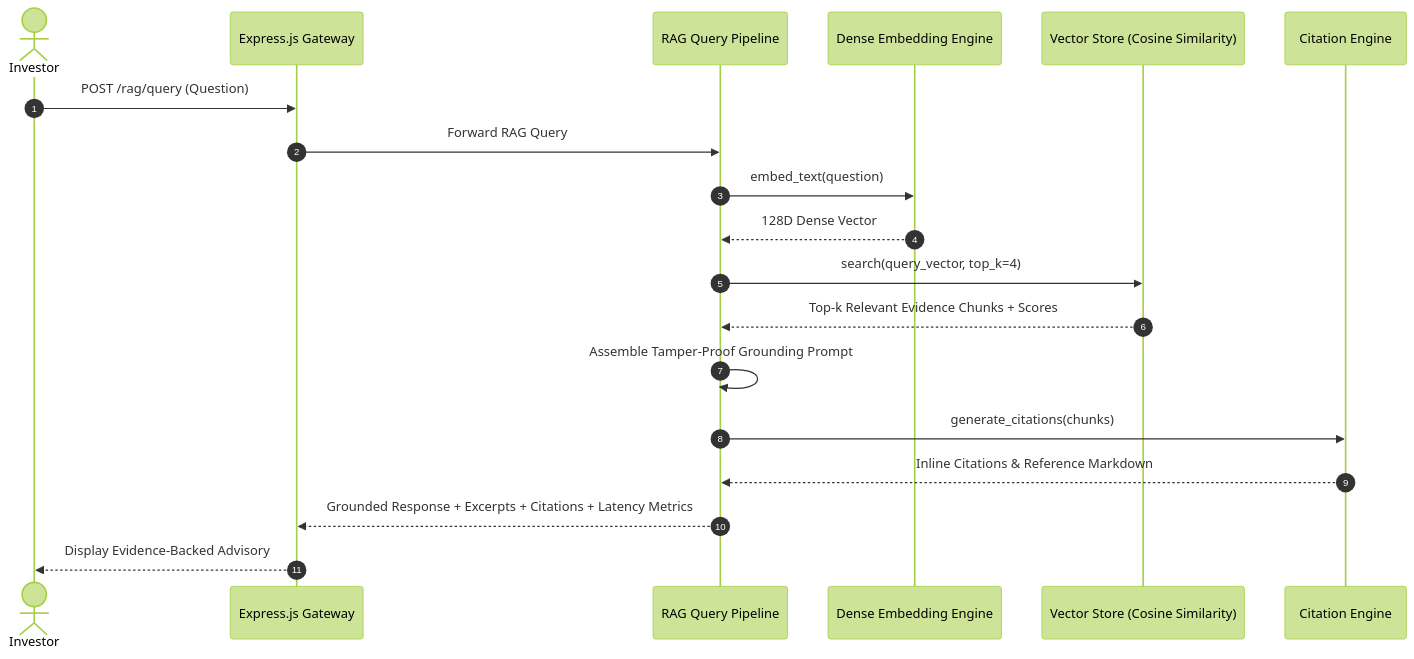
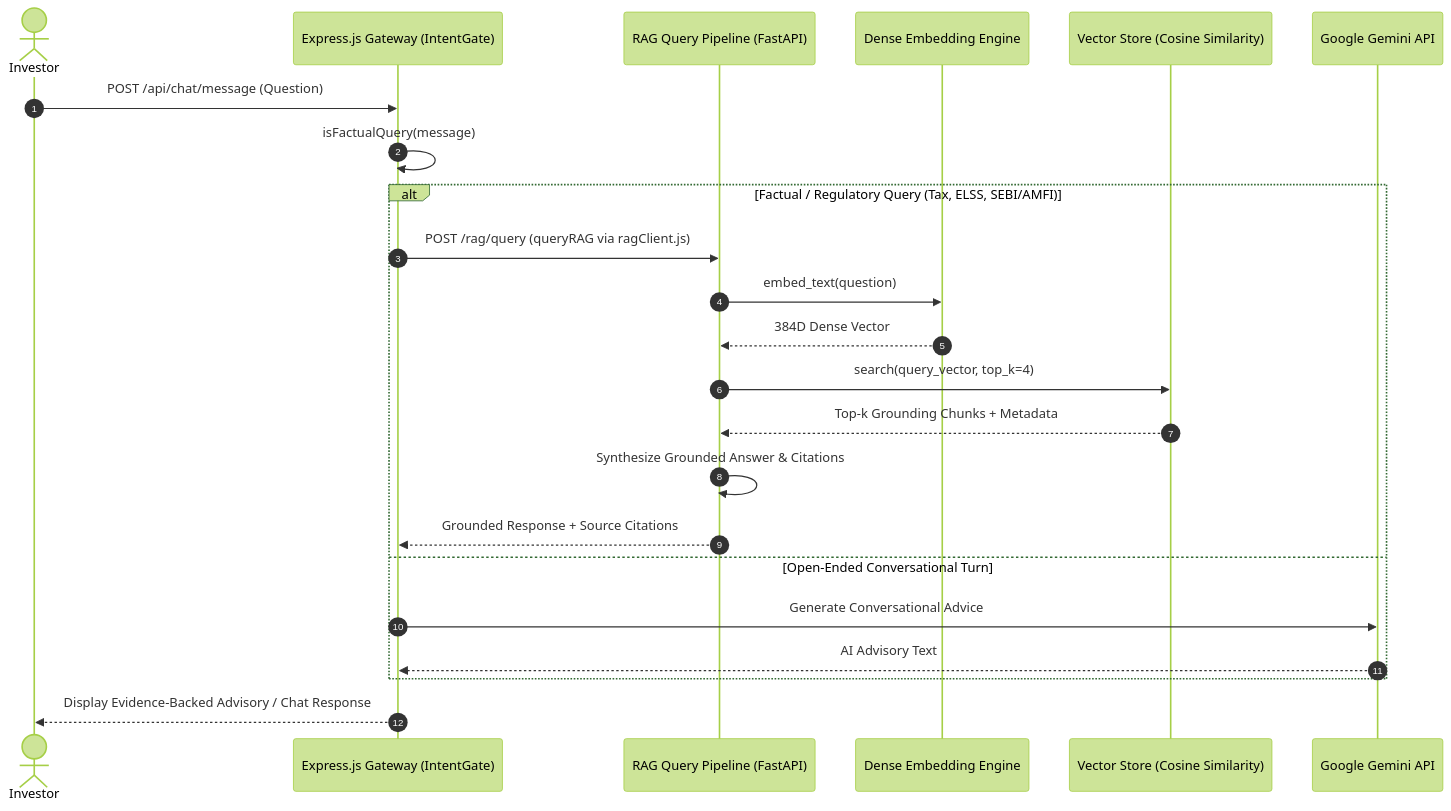
One commit to yashaskn8/WealthGenie-AI-Powered-Financial-Advisory-Platform changed the second of 2 diagrams in README.md. Above: the diagram before and after it, drawn with Mermaid (forest theme). The commit also changed other lines of this file and 8 other files, not shown here.

First line of the commit message:
feat(rag): wire RAG subsystem into live Express product via hybrid intent gate

````diff
--- a/README.md
+++ b/README.md
@@ -66,22 +66,26 @@
 ```mermaid
 sequenceDiagram
     autonumber
     actor User as Investor
-    participant Gateway as Express.js Gateway
-    participant RAG as RAG Query Pipeline
+    participant Gateway as Express.js Gateway (IntentGate)
+    participant RAG as RAG Query Pipeline (FastAPI)
     participant Embedder as Dense Embedding Engine
     participant Store as Vector Store (Cosine Similarity)
-    participant Citations as Citation Engine
+    participant Gemini as Google Gemini API
 
-    User->>Gateway: POST /rag/query (Question)
-    Gateway->>RAG: Forward RAG Query
-    RAG->>Embedder: embed_text(question)
-    Embedder-->>RAG: 128D Dense Vector
-    RAG->>Store: search(query_vector, top_k=4)
-    Store-->>RAG: Top-k Relevant Evidence Chunks + Scores
-    RAG->>RAG: Assemble Tamper-Proof Grounding Prompt
-    RAG->>Citations: generate_citations(chunks)
-    Citations-->>RAG: Inline Citations & Reference Markdown
-    RAG-->>Gateway: Grounded Response + Excerpts + Citations + Latency Metrics
-    Gateway-->>User: Display Evidence-Backed Advisory
+    User->>Gateway: POST /api/chat/message (Question)
+    Gateway->>Gateway: isFactualQuery(message)
+    alt Factual / Regulatory Query (Tax, ELSS, SEBI/AMFI)
+        Gateway->>RAG: POST /rag/query (queryRAG via ragClient.js)
+        RAG->>Embedder: embed_text(question)
+        Embedder-->>RAG: 384D Dense Vector
+        RAG->>Store: search(query_vector, top_k=4)
+        Store-->>RAG: Top-k Grounding Chunks + Metadata
+        RAG->>RAG: Synthesize Grounded Answer & Citations
+        RAG-->>Gateway: Grounded Response + Source Citations
+    else Open-Ended Conversational Turn
+        Gateway->>Gemini: Generate Conversational Advice
+        Gemini-->>Gateway: AI Advisory Text
+    end
+    Gateway-->>User: Display Evidence-Backed Advisory / Chat Response
 ```
````
